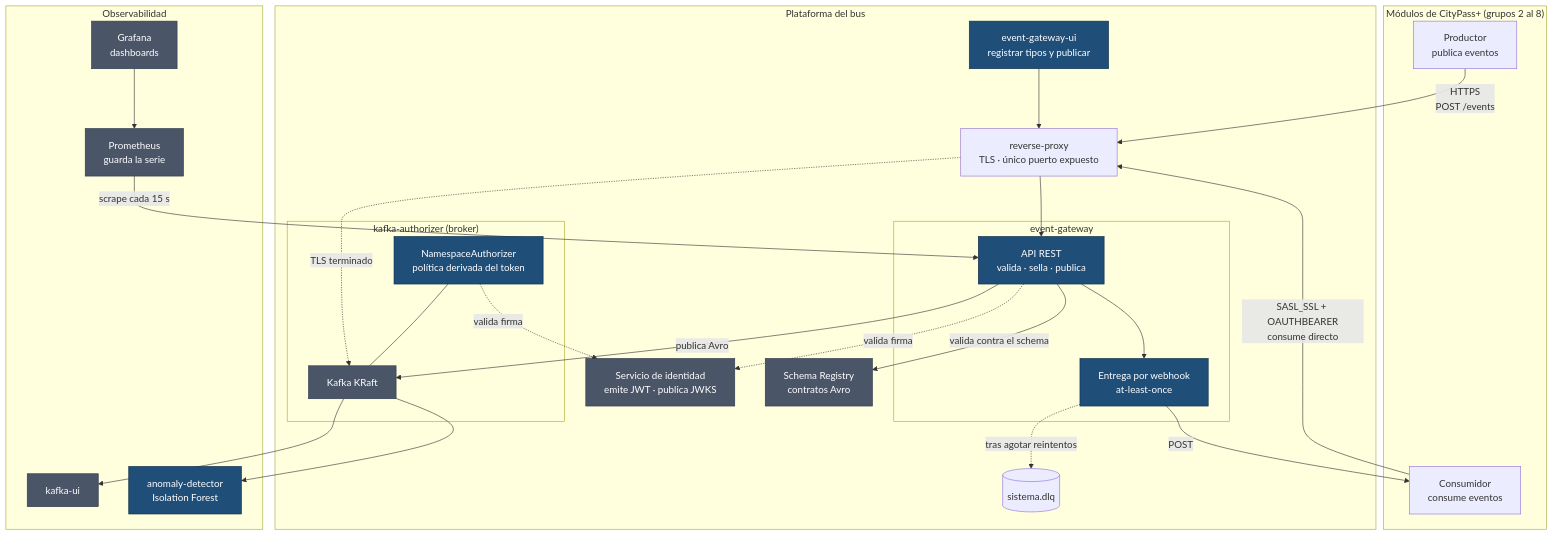
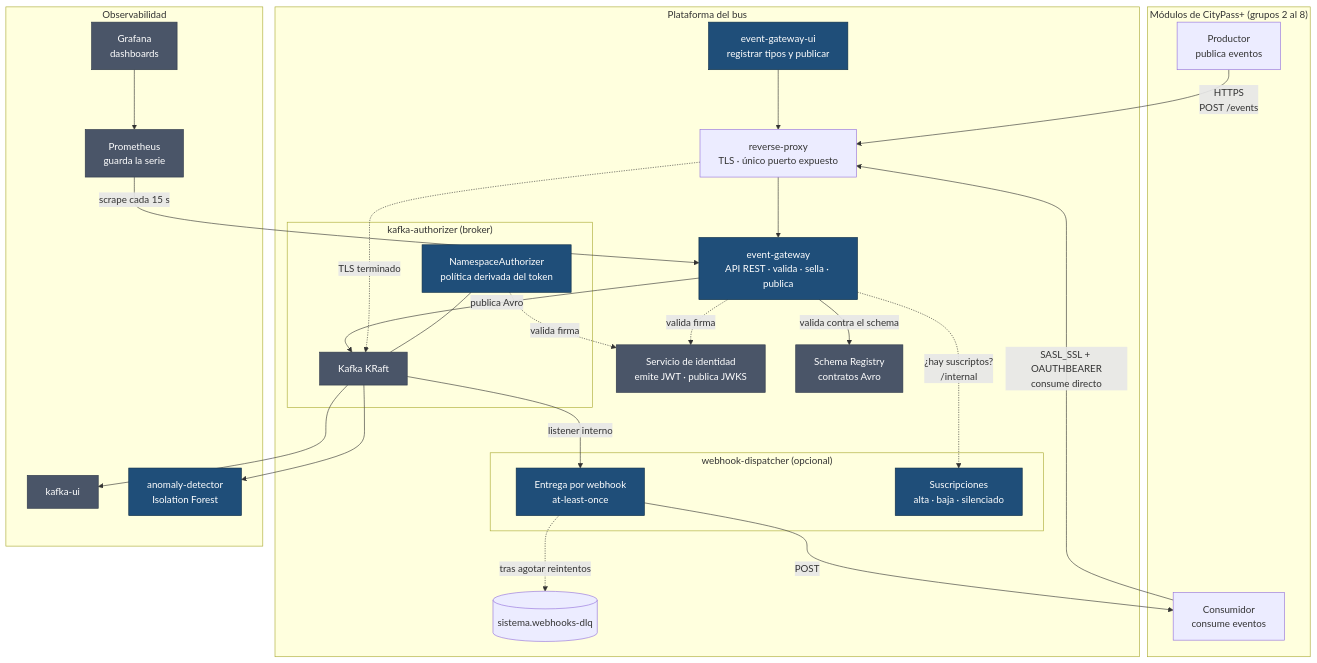
The first of 3 diagrams in docs/ARCHITECTURE.md (carlos-illobre/citypass-event-gateway), drawn with Mermaid before and after one commit. The commit also changed other lines of this file and 111 other files, not shown here.

Commit message:
fix: Los webhooks pasan a su propio microservicio para que sea opcional desplegarlso o no

````diff
--- a/docs/ARCHITECTURE.md
+++ b/docs/ARCHITECTURE.md
@@ -43,61 +43,67 @@
 ```mermaid
 flowchart TB
     subgraph grupos["Módulos de CityPass+ (grupos 2 al 8)"]
         productor["Productor<br/>publica eventos"]
         consumidor["Consumidor<br/>consume eventos"]
     end
 
     subgraph plataforma["Plataforma del bus"]
         proxy["reverse-proxy<br/>TLS · único puerto expuesto"]
 
-        subgraph gateway_box["event-gateway"]
-            gateway["API REST<br/>valida · sella · publica"]
+        gateway["event-gateway<br/>API REST · valida · sella · publica"]
+
+        subgraph dispatcher_box["webhook-dispatcher (opcional)"]
             webhook["Entrega por webhook<br/>at-least-once"]
+            suscripciones["Suscripciones<br/>alta · baja · silenciado"]
         end
 
         ui["event-gateway-ui<br/>registrar tipos y publicar"]
         auth["Servicio de identidad<br/>emite JWT · publica JWKS"]
 
         subgraph kafka_box["kafka-authorizer (broker)"]
             broker["Kafka KRaft"]
             authz["NamespaceAuthorizer<br/>política derivada del token"]
         end
 
         registry["Schema Registry<br/>contratos Avro"]
-        dlq[("sistema.dlq")]
+        dlq[("sistema.webhooks-dlq")]
     end
 
     subgraph observabilidad["Observabilidad"]
         kafkaui["kafka-ui"]
         prometheus["Prometheus<br/>guarda la serie"]
         grafana["Grafana<br/>dashboards"]
         anomalias["anomaly-detector<br/>Isolation Forest"]
     end
 
     productor -->|"HTTPS<br/>POST /events"| proxy
     ui --> proxy
     proxy --> gateway
 
     gateway -->|"valida contra el schema"| registry
     gateway -->|"publica Avro"| broker
-    gateway --> webhook
+
+    %% El dispatcher lee del bus, no del gateway: son dos servicios que no se necesitan
+    %% para trabajar. Lo único que los une es la consulta de /internal, y va al revés.
+    broker -->|"listener interno"| webhook
     webhook -->|"POST"| consumidor
     webhook -.->|"tras agotar reintentos"| dlq
+    gateway -.->|"¿hay suscriptos?<br/>/internal"| suscripciones
 
     consumidor -->|"SASL_SSL + OAUTHBEARER<br/>consume directo"| proxy
     proxy -.->|"TLS terminado"| broker
     authz --- broker
 
     gateway -.->|"valida firma"| auth
     authz -.->|"valida firma"| auth
 
     broker --> anomalias
     broker --> kafkaui
     prometheus -->|"scrape cada 15 s"| gateway
     grafana --> prometheus
 
     classDef propio fill:#1f4e79,stroke:#0d2d47,color:#fff
     classDef externo fill:#4a5568,stroke:#2d3748,color:#fff
-    class gateway,webhook,ui,authz,anomalias propio
+    class gateway,webhook,suscripciones,ui,authz,anomalias propio
     class broker,registry,kafkaui,auth,prometheus,grafana externo
 ```
````
